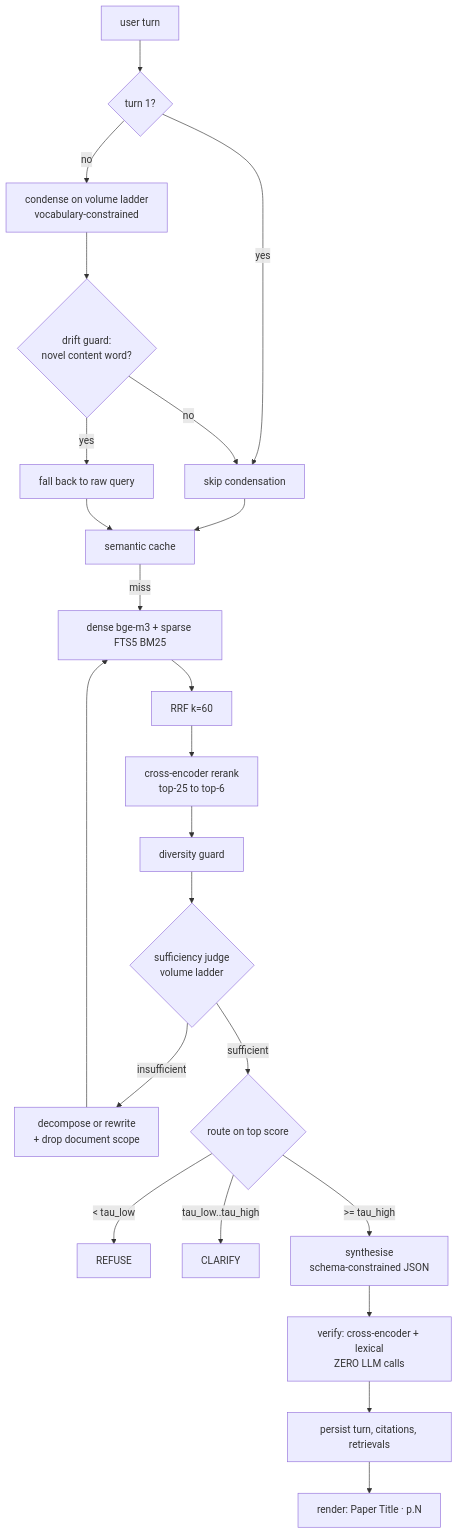
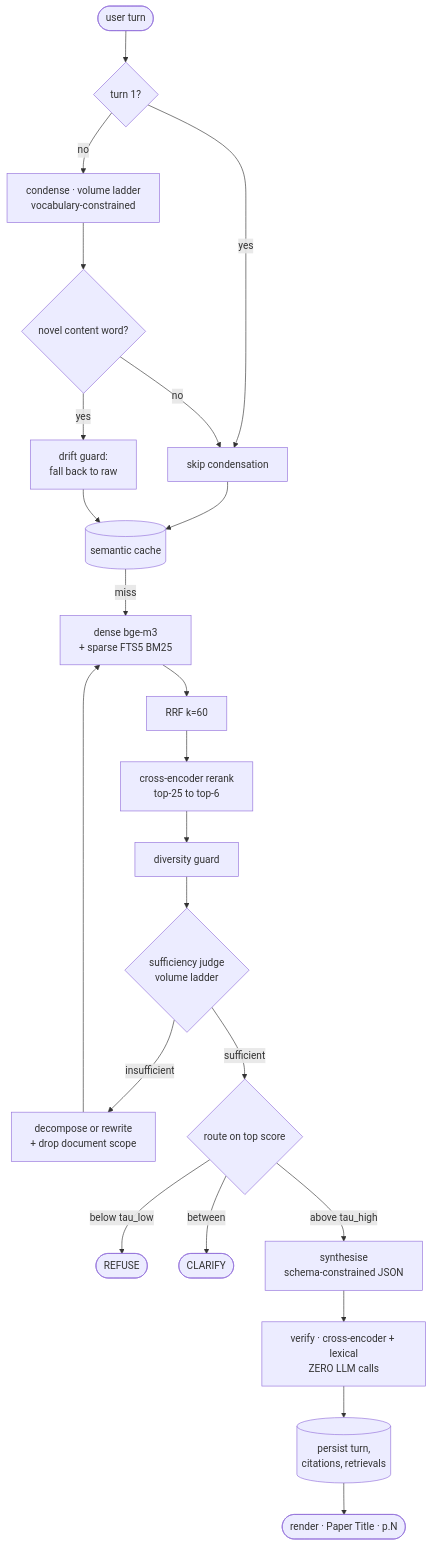
The diagram in readme.md (Makilesh/rooman_research_agent), drawn with Mermaid before and after one commit. The commit also changed other lines of this file and 4 other files, not shown here.

````diff
--- a/readme.md
+++ b/readme.md
@@ -73,25 +135,25 @@
 ```mermaid
 flowchart TD
-    A[user turn] --> B{turn 1?}
+    A([user turn]) --> B{turn 1?}
     B -- yes --> D[skip condensation]
-    B -- no --> C[condense on volume ladder<br/>vocabulary-constrained]
-    C --> C2{drift guard:<br/>novel content word?}
-    C2 -- yes --> D2[fall back to raw query]
+    B -- no --> C[condense · volume ladder<br/>vocabulary-constrained]
+    C --> C2{novel content word?}
+    C2 -- yes --> D2[drift guard:<br/>fall back to raw]
     C2 -- no --> D
-    D --> E[semantic cache]
+    D --> E[(semantic cache)]
     D2 --> E
-    E -- miss --> F[dense bge-m3 + sparse FTS5 BM25]
+    E -- miss --> F[dense bge-m3<br/>+ sparse FTS5 BM25]
     F --> G[RRF k=60]
     G --> H[cross-encoder rerank<br/>top-25 to top-6]
     H --> I[diversity guard]
     I --> J{sufficiency judge<br/>volume ladder}
     J -- insufficient --> K[decompose or rewrite<br/>+ drop document scope]
     K --> F
     J -- sufficient --> L{route on top score}
-    L -- "< tau_low" --> M[REFUSE]
-    L -- "tau_low..tau_high" --> N[CLARIFY]
-    L -- ">= tau_high" --> O[synthesise<br/>schema-constrained JSON]
-    O --> P[verify: cross-encoder + lexical<br/>ZERO LLM calls]
-    P --> Q[persist turn, citations, retrievals]
-    Q --> R[render: Paper Title · p.N]
+    L -->|below tau_low| M([REFUSE])
+    L -->|between| N([CLARIFY])
+    L -->|above tau_high| O[synthesise<br/>schema-constrained JSON]
+    O --> P[verify · cross-encoder + lexical<br/>ZERO LLM calls]
+    P --> Q[(persist turn,<br/>citations, retrievals)]
+    Q --> R([render · Paper Title · p.N])
 ```
````
